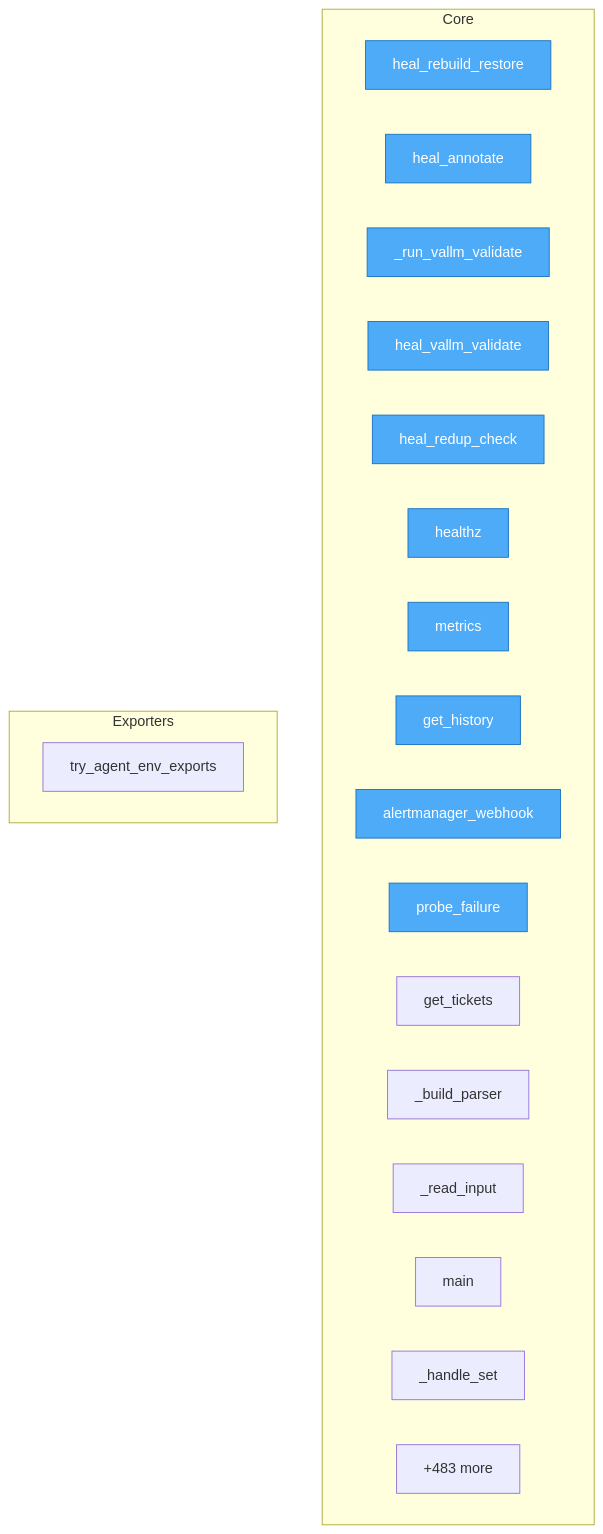
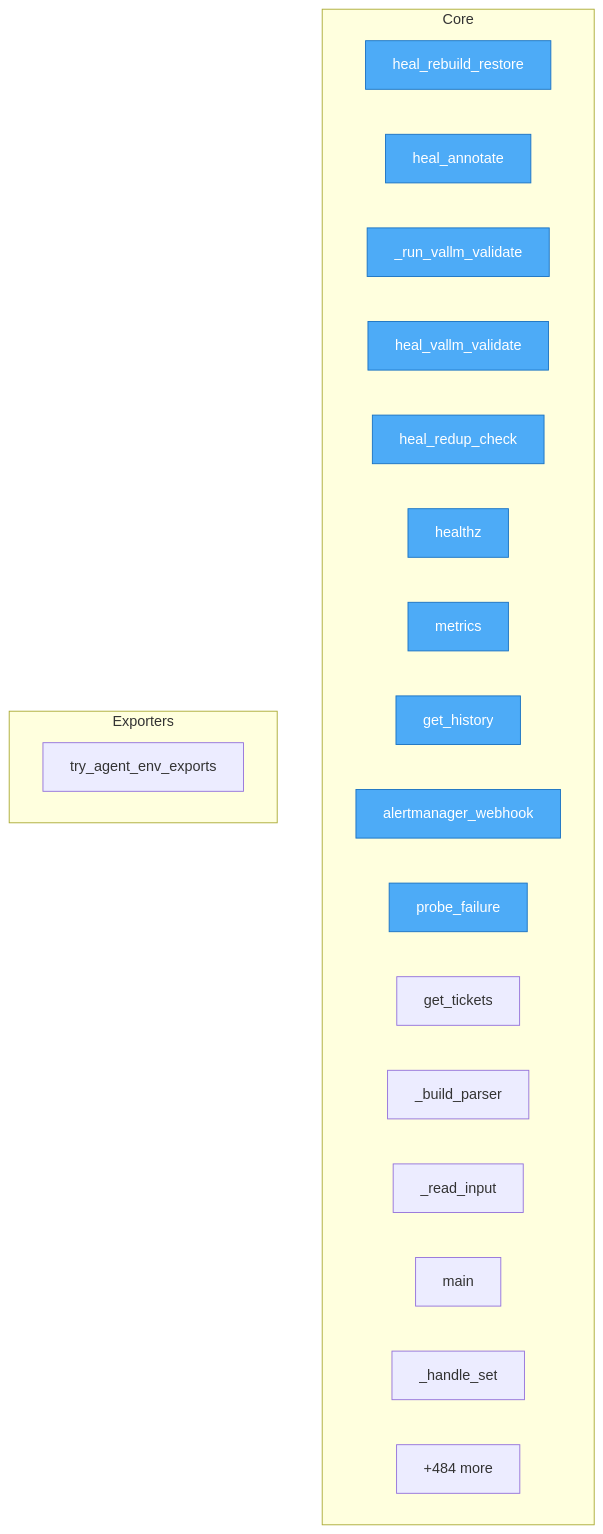
The diagram in project/flow.mmd (semcod/koru), drawn with Mermaid before and after one commit. The commit also changed 28 other files, not shown here.

```diff
--- a/project/flow.mmd
+++ b/project/flow.mmd
@@ -1,30 +1,30 @@
 flowchart TD
-%% generated in 0.04s
+%% generated in 0.03s
 
     %% Entry points (blue)
     classDef entry fill:#4dabf7,stroke:#1971c2,color:#fff
 
     subgraph Core
         services__healing_webhook__app__heal_rebuild_restore["heal_rebuild_restore"]
         services__healing_webhook__app__heal_annotate["heal_annotate"]
         services__healing_webhook__app___run_vallm_validate["_run_vallm_validate"]
         services__healing_webhook__app__heal_vallm_validate["heal_vallm_validate"]
         services__healing_webhook__app__heal_redup_check["heal_redup_check"]
         services__healing_webhook__app__healthz["healthz"]
         services__healing_webhook__app__metrics["metrics"]
         services__healing_webhook__app__get_history["get_history"]
         services__healing_webhook__app__alertmanager_webhook["alertmanager_webhook"]
         services__healing_webhook__app__probe_failure["probe_failure"]
         services__healing_webhook__app__get_tickets["get_tickets"]
         src__korudsl__cli___build_parser["_build_parser"]
         src__korudsl__cli___read_input["_read_input"]
         src__korudsl__cli__main["main"]
         src__korudsl__library___handle_set["_handle_set"]
-        ...["+483 more"]
+        ...["+484 more"]
     end
 
     subgraph Exporters
         src__koru__agent_cli_helpers__try_agent_env_exports["try_agent_env_exports"]
     end
 
     class services__healing_webhook__app__heal_rebuild_restore,services__healing_webhook__app__heal_annotate,services__healing_webhook__app___run_vallm_validate,services__healing_webhook__app__heal_vallm_validate,services__healing_webhook__app__heal_redup_check,services__healing_webhook__app__healthz,services__healing_webhook__app__metrics,services__healing_webhook__app__get_history,services__healing_webhook__app__alertmanager_webhook,services__healing_webhook__app__probe_failure entry
```
